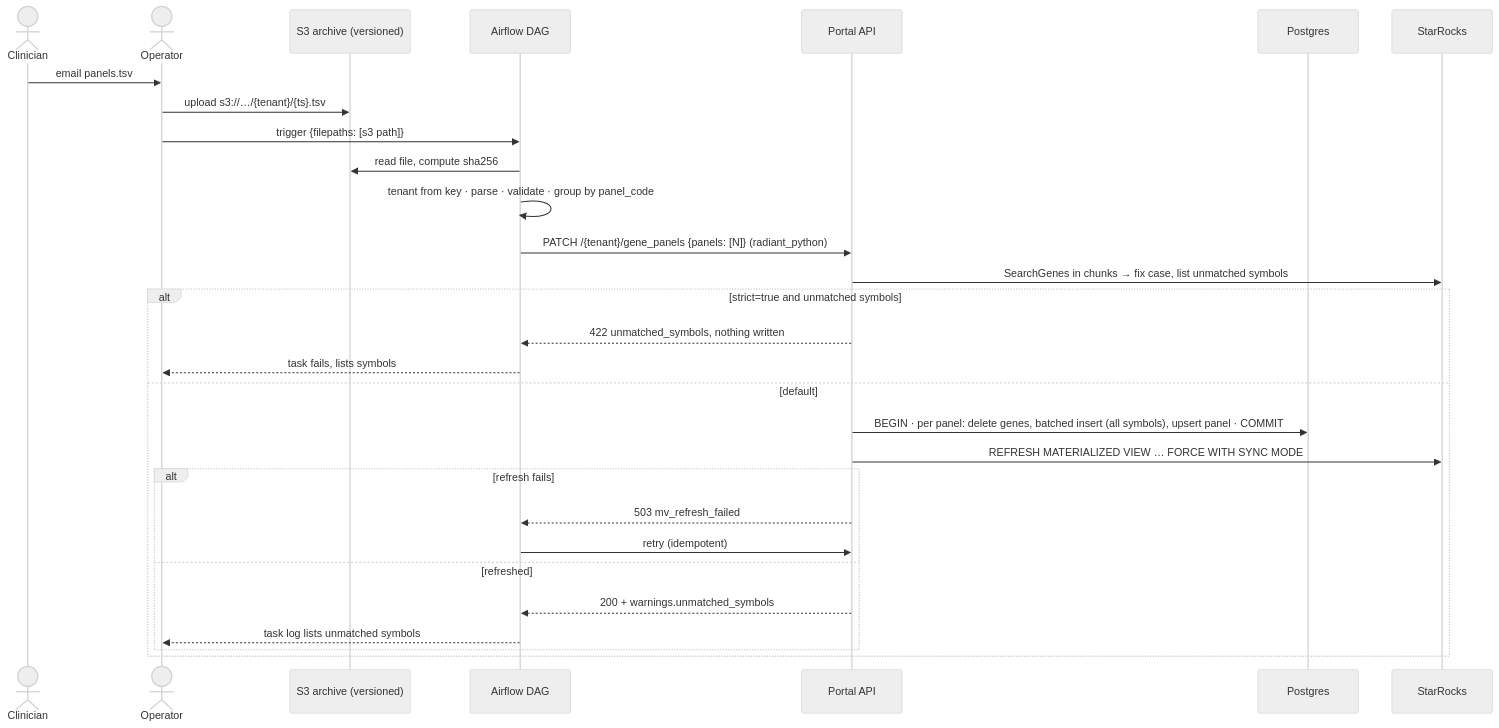
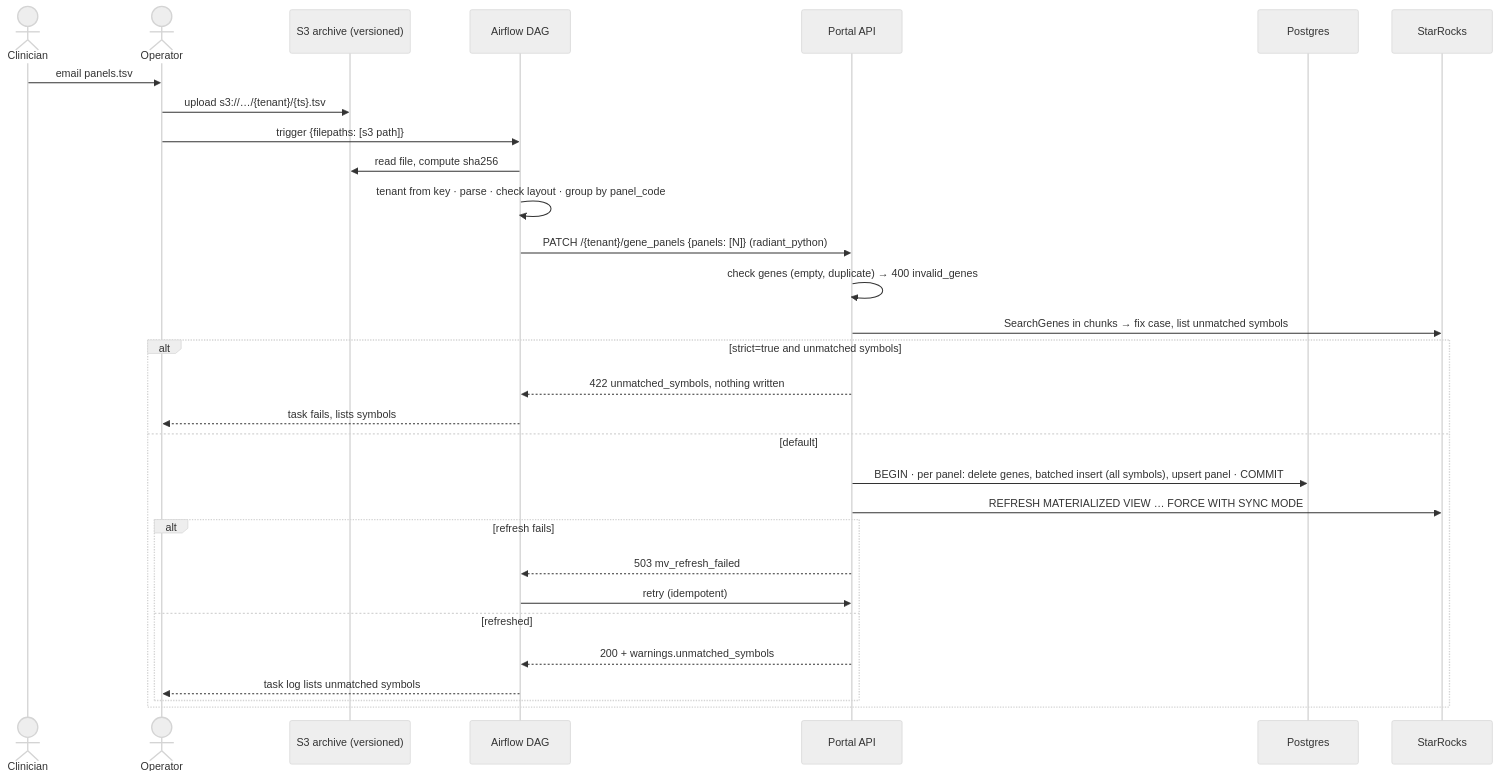
Before and after one commit to radiant-network/radiant-hub: the second of 8 diagrams in docs/features/RAD-10-filtered-variants-by-gene-panels.md, drawn with Mermaid (neutral theme). The commit also changed other lines of this file, not shown here.

````diff
--- a/docs/features/RAD-10-filtered-variants-by-gene-panels.md
+++ b/docs/features/RAD-10-filtered-variants-by-gene-panels.md
@@ -71,31 +71,32 @@
 ```mermaid
 sequenceDiagram
   actor C as Clinician
   actor O as Operator
   participant S3 as S3 archive (versioned)
   participant AF as Airflow DAG
   participant API as Portal API
   participant PG as Postgres
   participant SR as StarRocks
   C->>O: email panels.tsv
   O->>S3: upload s3://…/{tenant}/{ts}.tsv
   O->>AF: trigger {filepaths: [s3 path]}
   AF->>S3: read file, compute sha256
-  AF->>AF: tenant from key · parse · validate · group by panel_code
+  AF->>AF: tenant from key · parse · check layout · group by panel_code
   AF->>API: PATCH /{tenant}/gene_panels {panels: [N]} (radiant_python)
+  API->>API: check genes (empty, duplicate) → 400 invalid_genes
   API->>SR: SearchGenes in chunks → fix case, list unmatched symbols
   alt strict=true and unmatched symbols
     API-->>AF: 422 unmatched_symbols, nothing written
     AF-->>O: task fails, lists symbols
   else default
     API->>PG: BEGIN · per panel: delete genes, batched insert (all symbols), upsert panel · COMMIT
     API->>SR: REFRESH MATERIALIZED VIEW … FORCE WITH SYNC MODE
     alt refresh fails
       API-->>AF: 503 mv_refresh_failed
       AF->>API: retry (idempotent)
     else refreshed
       API-->>AF: 200 + warnings.unmatched_symbols
       AF-->>O: task log lists unmatched symbols
     end
   end
 ```
````
